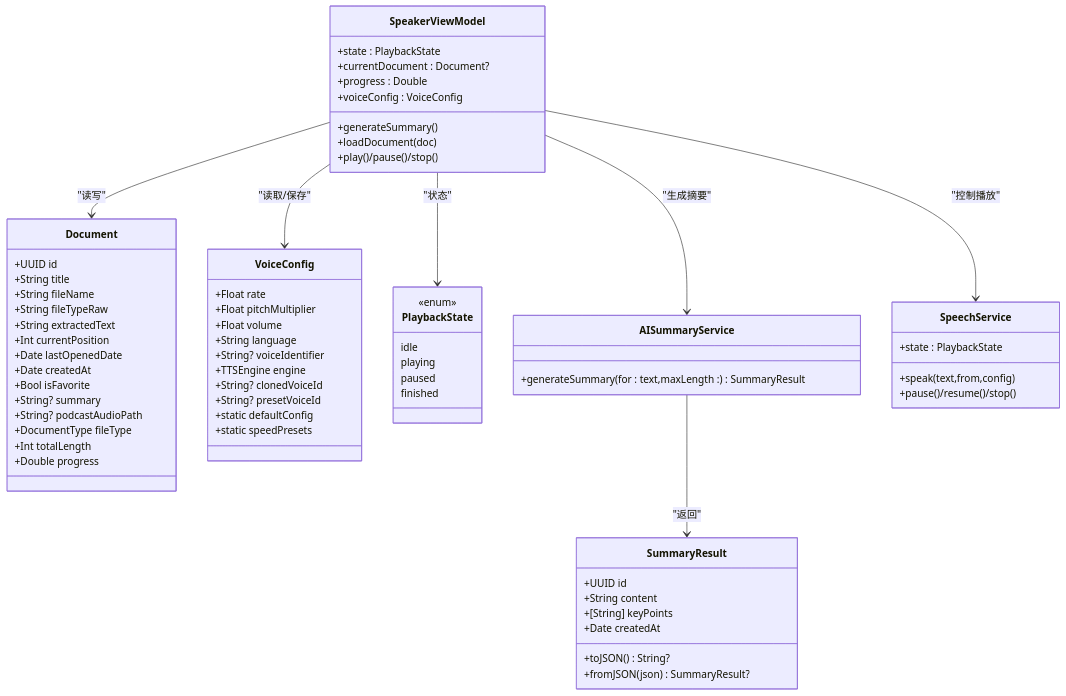
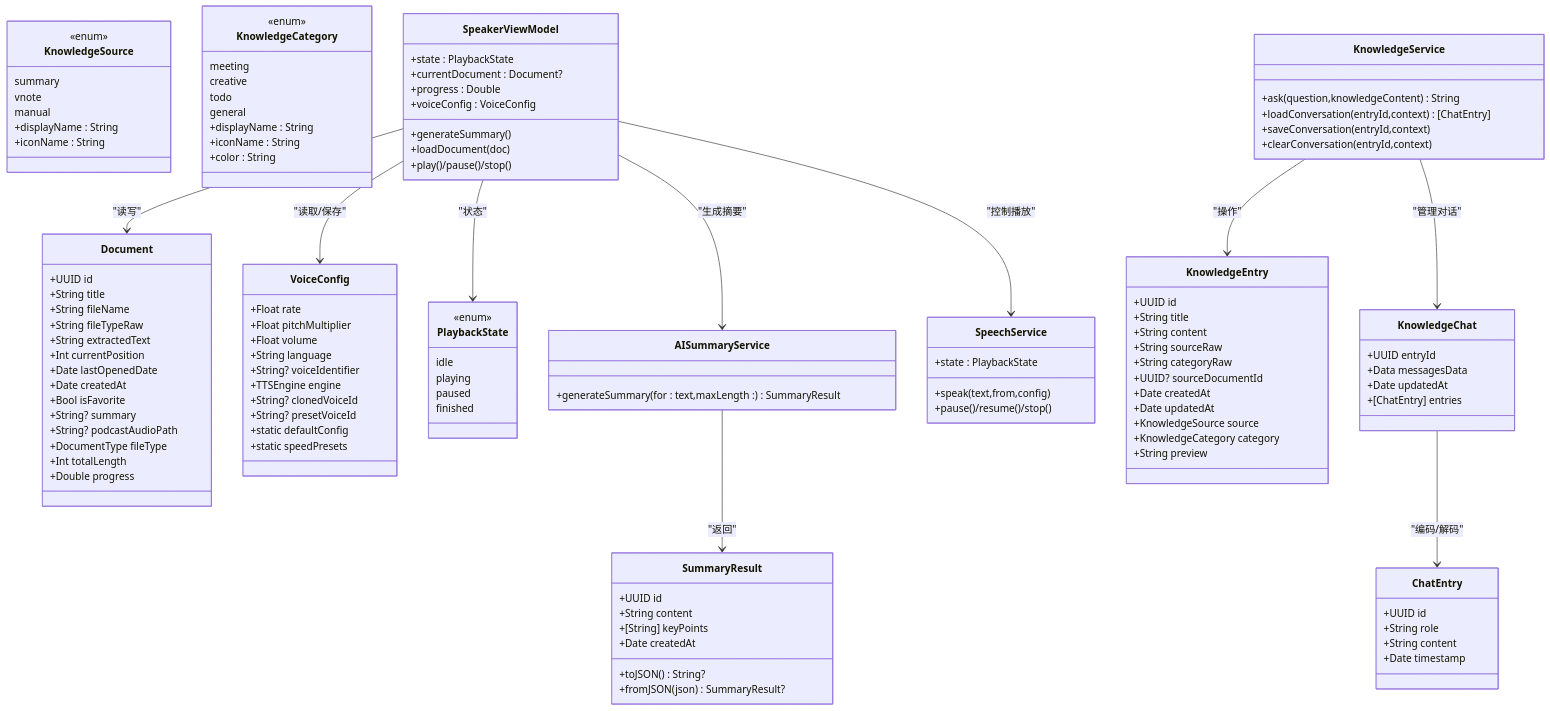
One commit to Primoguo/Knowledge changed the second of 5 diagrams in .qoder/repowiki/zh/content/架构设计/数据模型设计.md. Above: the diagram before and after it, drawn with Mermaid. The commit also changed other lines of this file and 24 other files, not shown here.

````diff
--- a/.qoder/repowiki/zh/content/架构设计/数据模型设计.md
+++ b/.qoder/repowiki/zh/content/架构设计/数据模型设计.md
@@ -157,6 +188,49 @@
 paused
 finished
 }
+class KnowledgeSource {
+<<enum>>
+summary
+vnote
+manual
++displayName : String
++iconName : String
+}
+class KnowledgeCategory {
+<<enum>>
+meeting
+creative
+todo
+general
++displayName : String
++iconName : String
++color : String
+}
+class KnowledgeEntry {
++UUID id
++String title
++String content
++String sourceRaw
++String categoryRaw
++UUID? sourceDocumentId
++Date createdAt
++Date updatedAt
++KnowledgeSource source
++KnowledgeCategory category
++String preview
+}
+class KnowledgeChat {
++UUID entryId
++Data messagesData
++Date updatedAt
++[ChatEntry] entries
+}
+class ChatEntry {
++UUID id
++String role
++String content
++Date timestamp
+}
 class SpeakerViewModel {
 +state : PlaybackState
 +currentDocument : Document?
@@ -174,10 +248,19 @@
 +speak(text,from,config)
 +pause()/resume()/stop()
 }
+class KnowledgeService {
++ask(question,knowledgeContent) String
++loadConversation(entryId,context) [ChatEntry]
++saveConversation(entryId,context)
++clearConversation(entryId,context)
+}
 SpeakerViewModel --> Document : "读写"
 SpeakerViewModel --> VoiceConfig : "读取/保存"
 SpeakerViewModel --> PlaybackState : "状态"
 SpeakerViewModel --> AISummaryService : "生成摘要"
 SpeakerViewModel --> SpeechService : "控制播放"
 AISummaryService --> SummaryResult : "返回"
+KnowledgeService --> KnowledgeEntry : "操作"
+KnowledgeService --> KnowledgeChat : "管理对话"
+KnowledgeChat --> ChatEntry : "编码/解码"
 ```
````
